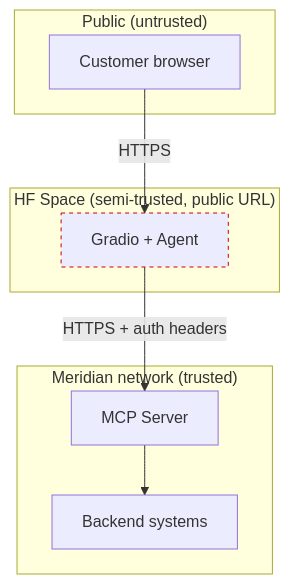
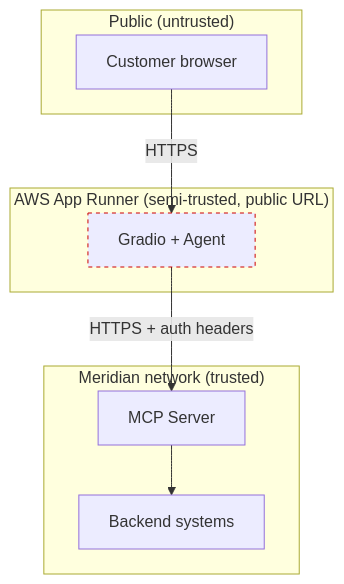
One commit to syntrydy/MeridianElectronicsChatBot changed the fourth of 4 diagrams in docs/architecture.md. Above: the diagram before and after it, drawn with Mermaid. The commit also changed other lines of this file and 1 other file, not shown here.

Commit message:
Update documentation an architecture

````diff
--- a/docs/architecture.md
+++ b/docs/architecture.md
@@ -90,20 +120,20 @@
 ```mermaid
 flowchart TB
     subgraph Public["Public (untrusted)"]
         U[Customer browser]
     end
-    subgraph Space["HF Space (semi-trusted, public URL)"]
+    subgraph Runner["AWS App Runner (semi-trusted, public URL)"]
         G[Gradio + Agent]
     end
     subgraph Meridian["Meridian network (trusted)"]
         M[MCP Server]
         B[Backend systems]
     end
 
     U -- HTTPS --> G
     G -- HTTPS + auth headers --> M
     M --> B
 
     classDef gap stroke-dasharray: 4 4,stroke:#c00
     class G gap
 ```
````
